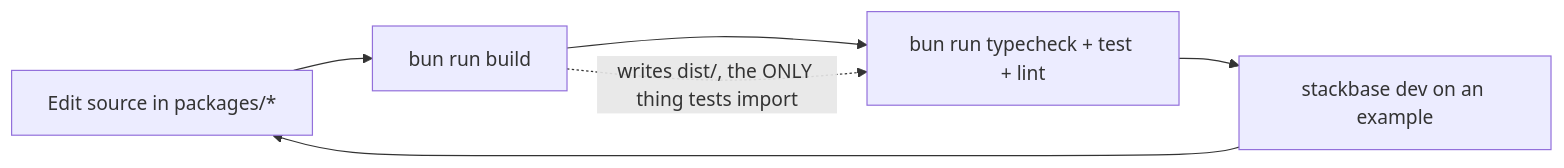
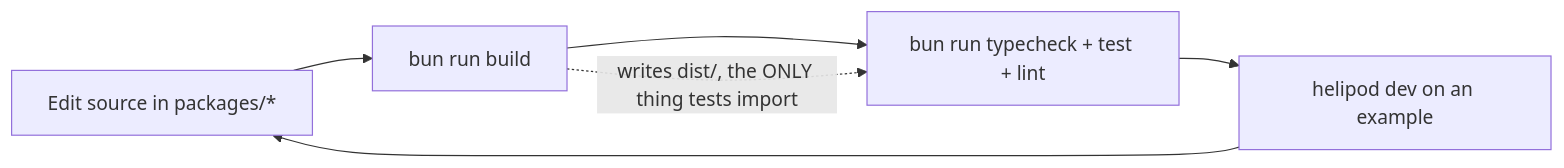
The first of 2 diagrams in website/content/docs/contributing/codebase/development.mdx (helipod-sh/helipod), drawn with Mermaid before and after one commit. The commit also changed other lines of this file and 1141 other files, not shown here.

First line of the commit message:
feat: rename project from stackbase to helipod

````diff
--- a/website/content/docs/contributing/codebase/development.mdx
+++ b/website/content/docs/contributing/codebase/development.mdx
@@ -77,8 +77,8 @@
 ```mermaid
 flowchart LR
     A["Edit source in packages/*"] --> B["bun run build"]
     B --> C["bun run typecheck + test + lint"]
-    C --> D["stackbase dev on an example"]
+    C --> D["helipod dev on an example"]
     D --> A
     B -.->|"writes dist/, the ONLY thing tests import"| C
 ```
````
